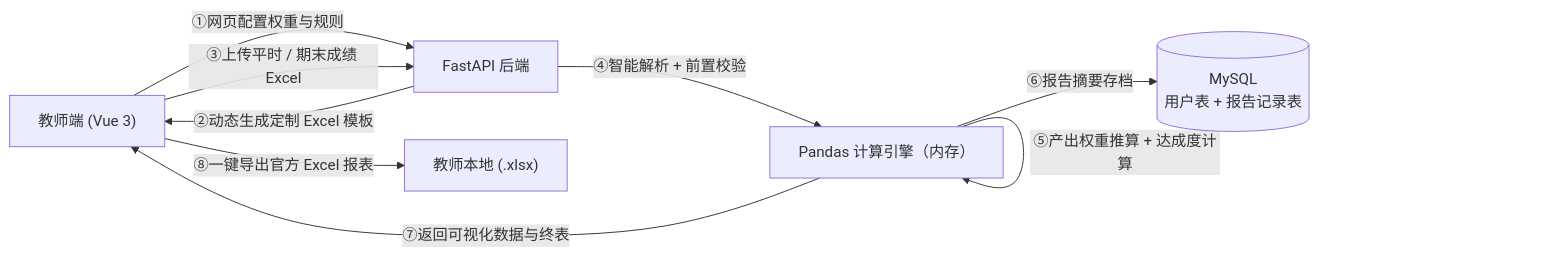
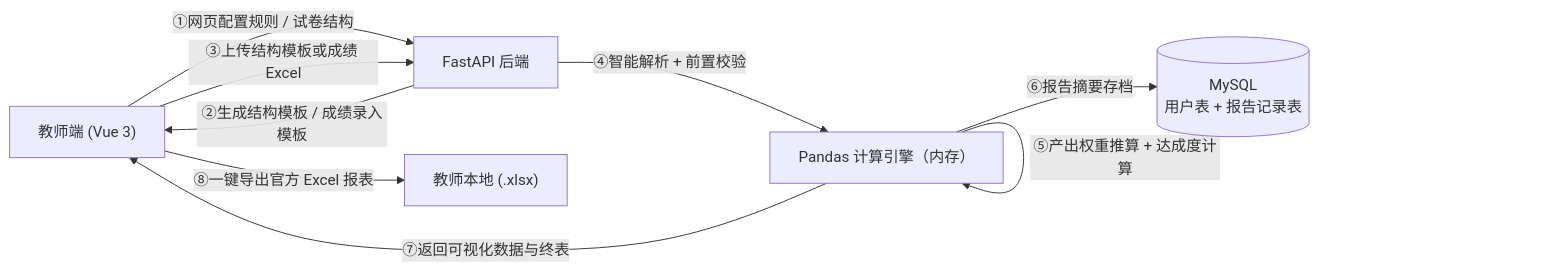
Before and after one commit to 1579231583/course-outcome-attainment-analysis: the diagram in docs/项目文档.md, drawn with Mermaid. The commit also changed other lines of this file and 3 other files, not shown here.

````diff
--- a/docs/项目文档.md
+++ b/docs/项目文档.md
@@ -37,11 +37,11 @@
 ```mermaid
 flowchart LR
-    A["教师端 (Vue 3)"] -->|"①网页配置权重与规则"| B["FastAPI 后端"]
-    B -->|"②动态生成定制 Excel 模板"| A
-    A -->|"③上传平时 / 期末成绩 Excel"| B
+    A["教师端 (Vue 3)"] -->|"①网页配置规则 / 试卷结构"| B["FastAPI 后端"]
+    B -->|"②生成结构模板 / 成绩录入模板"| A
+    A -->|"③上传结构模板或成绩 Excel"| B
     B -->|"④智能解析 + 前置校验"| C["Pandas 计算引擎（内存）"]
     C -->|"⑤产出权重推算 + 达成度计算"| C
     C -->|"⑥报告摘要存档"| D[("MySQL\n用户表 + 报告记录表")]
     C -->|"⑦返回可视化数据与终表"| A
     A -->|"⑧一键导出官方 Excel 报表"| E["教师本地 (.xlsx)"]
 ```
````
